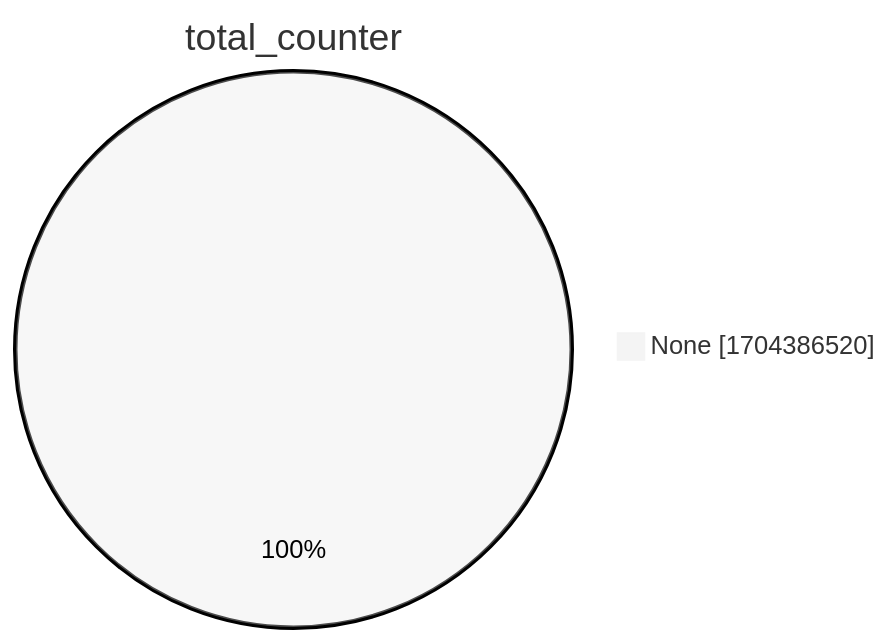
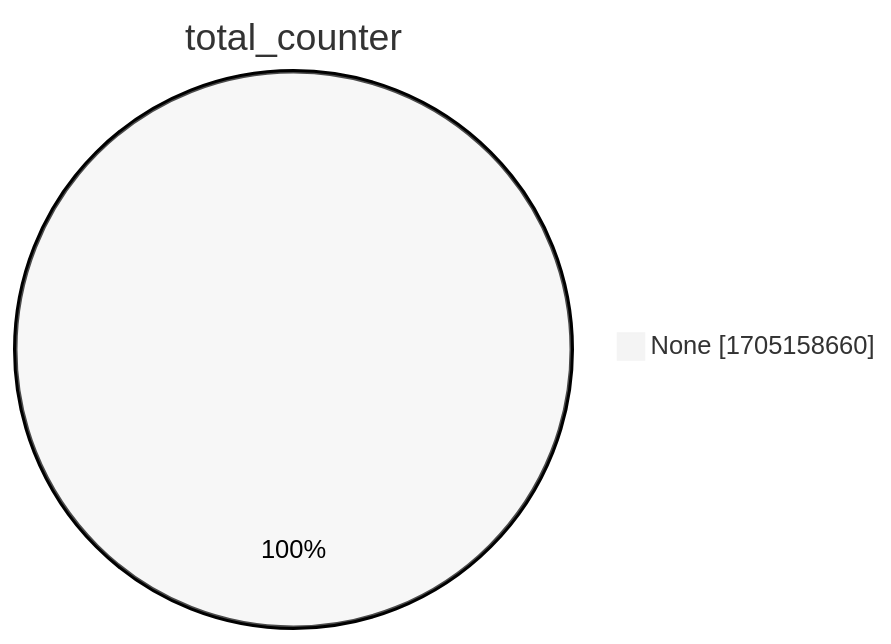
The second of 15 diagrams in xenon2022/README.md (christiankrug/ctmonitor_visualization), drawn with Mermaid (neutral theme) before and after one commit. The commit also changed other lines of this file, not shown here.

````diff
--- a/xenon2022/README.md
+++ b/xenon2022/README.md
@@ -9,5 +9,5 @@
 ```mermaid
 pie showData
 title total_counter
-"None" :1704386520
+"None" :1705158660
 ```
````
